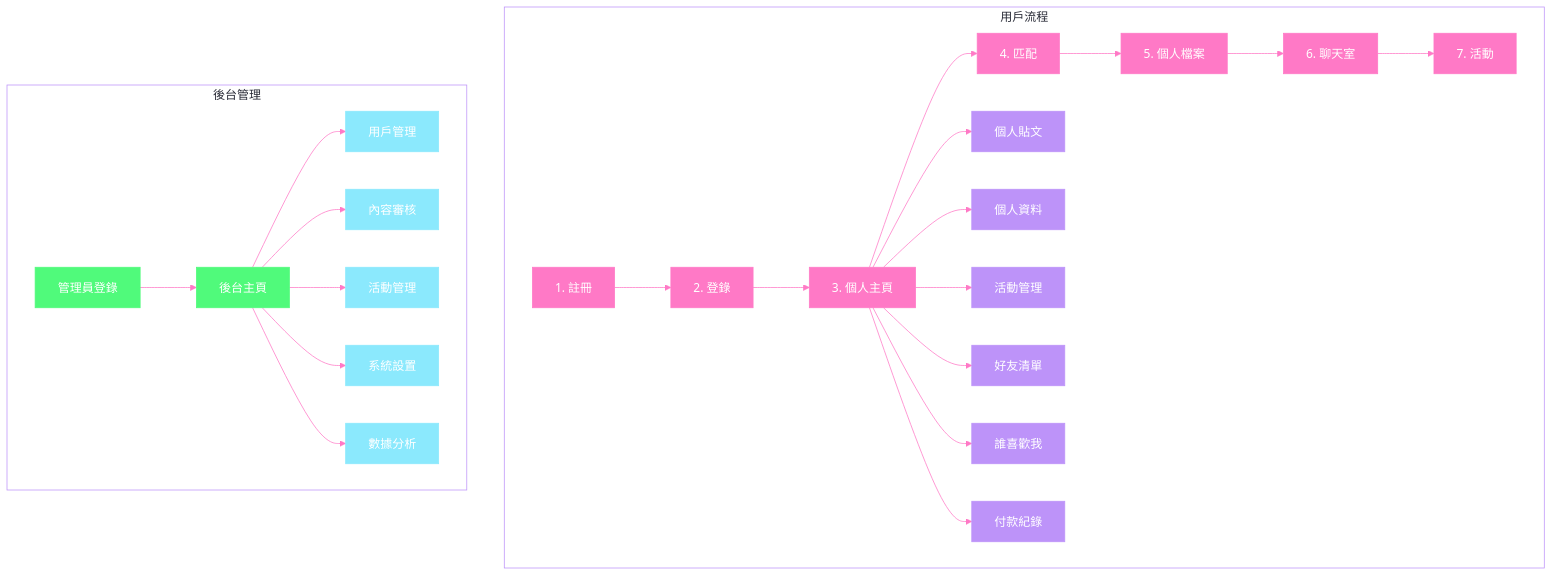
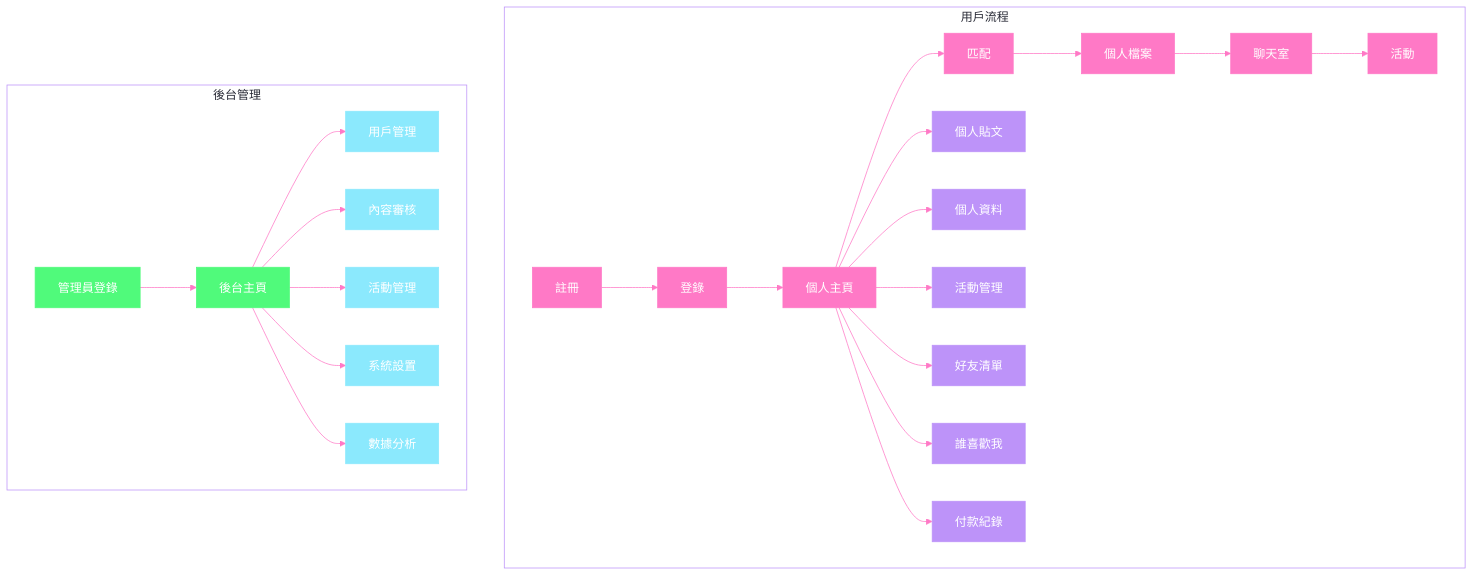
Before and after one commit to Turner-Chang/HaveFun: the diagram in README.md, drawn with Mermaid.

````diff
--- a/README.md
+++ b/README.md
@@ -93,40 +93,40 @@
 ```mermaid
 %%{init: {'theme': 'default', 'themeVariables': { 'primaryColor': '#ff79c6', 'secondaryColor': '#bd93f9', 'tertiaryColor': '#f8f8f2', 'mainBkg': '#ffffff', 'nodeBorder': '#ff79c6', 'clusterBkg': '#f8f8f2', 'clusterBorder': '#bd93f9', 'lineColor': '#ff79c6', 'fontFamily': 'arial', 'fontSize': '16px' }}}%%
 graph TD
     subgraph 用戶流程
-        A[1. 註冊] --> B[2. 登錄]
-        B --> C[3. 個人主頁]
-        C --> D[4. 匹配]
-        D --> E[5. 個人檔案]
-        E --> F[6. 聊天室]
-        F --> G[7. 活動]
+        A[註冊] --> B[登錄]
+        B --> C[個人主頁]
+        C --> D[匹配]
+        D --> E[個人檔案]
+        E --> F[聊天室]
+        F --> G[活動]
         
         C --> H[個人貼文]
         C --> I[個人資料]
         C --> J[活動管理]
         C --> K[好友清單]
         C --> L[誰喜歡我]
         C --> M[付款紀錄]
     end
     
     subgraph 後台管理
         N[管理員登錄] --> O[後台主頁]
         O --> P[用戶管理]
         O --> Q[內容審核]
         O --> R[活動管理]
         O --> S[系統設置]
         O --> T[數據分析]
     end
 
 classDef default fill:#f8f8f2,stroke:#ff79c6,color:#282a36;
 classDef cluster fill:#ffffff,stroke:#bd93f9,color:#282a36;
 classDef primary fill:#ff79c6,stroke:#ff79c6,color:#ffffff;
 classDef secondary fill:#bd93f9,stroke:#bd93f9,color:#ffffff;
 classDef tertiary fill:#50fa7b,stroke:#50fa7b,color:#ffffff;
 classDef quaternary fill:#8be9fd,stroke:#8be9fd,color:#ffffff;
 
 class A,B,C,D,E,F,G primary;
 class H,I,J,K,L,M secondary;
 class N,O tertiary;
 class P,Q,R,S,T quaternary;
 ```
````
